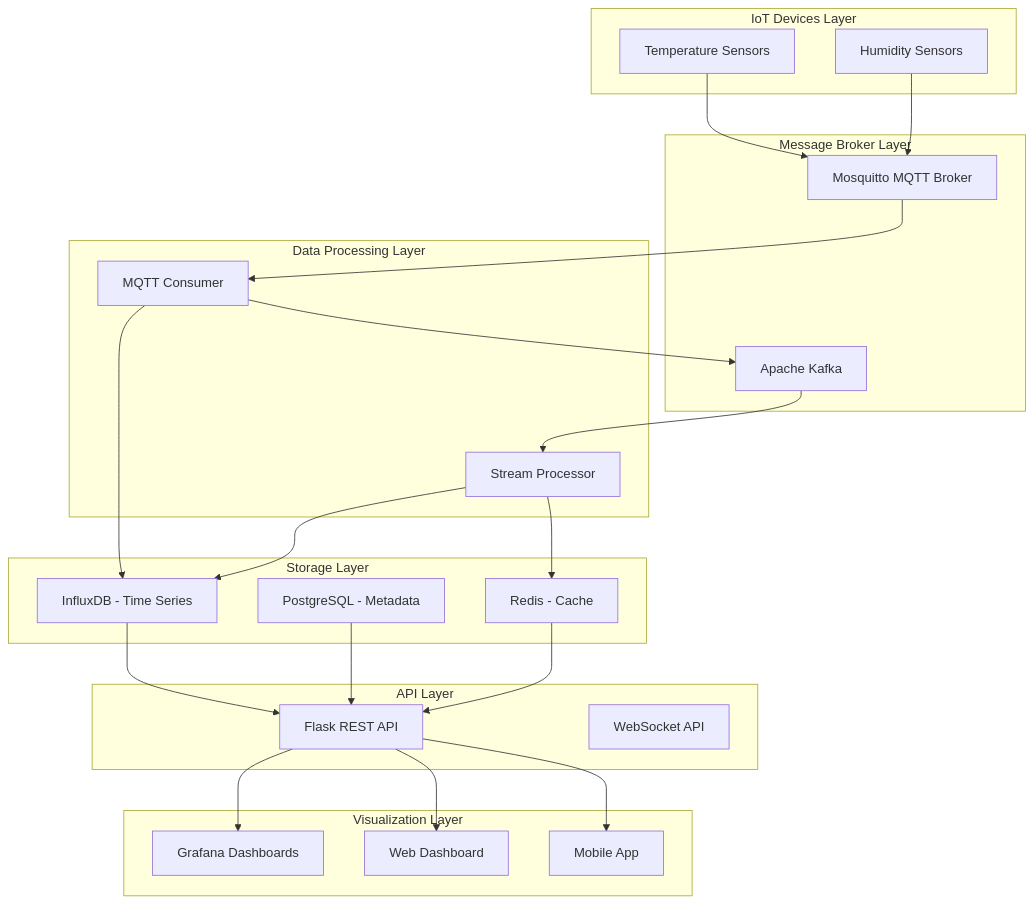
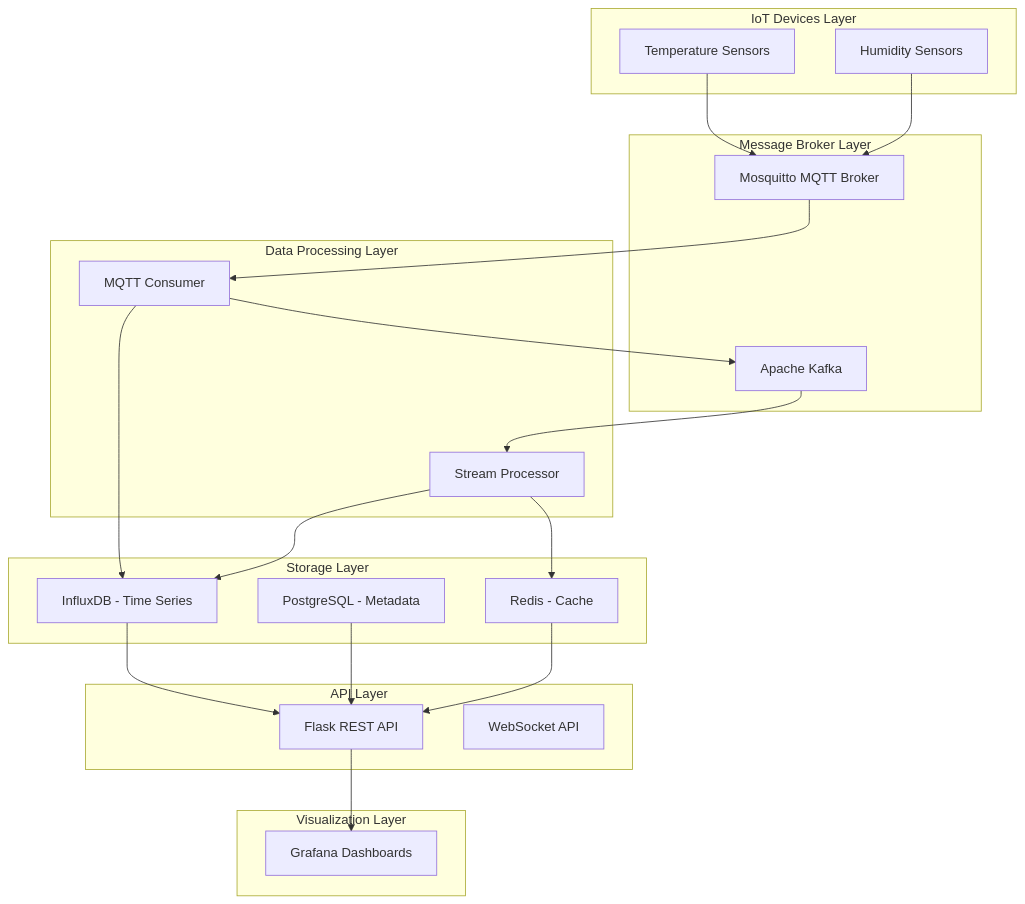
The first of 5 diagrams in README.md (PENE18/iot-data-engineering), drawn with Mermaid before and after one commit.

````diff
--- a/README.md
+++ b/README.md
@@ -29,54 +29,50 @@
 ```mermaid
 graph TB
     subgraph "IoT Devices Layer"
         TS[Temperature Sensors]
         HS[Humidity Sensors]
     end
     
     subgraph "Message Broker Layer"
         MQTT[Mosquitto MQTT Broker]
         KAFKA[Apache Kafka]
     end
     
     subgraph "Data Processing Layer"
         CONSUMER[MQTT Consumer]
         STREAM[Stream Processor]
 
     end
     
     subgraph "Storage Layer"
         INFLUX[InfluxDB - Time Series]
         POSTGRES[PostgreSQL - Metadata]
         REDIS[Redis - Cache]
     end
     
     subgraph "API Layer"
         REST[Flask REST API]
         WS[WebSocket API]
     end
     
     subgraph "Visualization Layer"
         GRAFANA[Grafana Dashboards]
-        WEB[Web Dashboard]
-        MOBILE[Mobile App]
     end
     
     TS --> MQTT
     HS --> MQTT
     
     MQTT --> CONSUMER
     CONSUMER --> KAFKA
     CONSUMER --> INFLUX
     
     KAFKA --> STREAM
     STREAM --> REDIS
     STREAM --> INFLUX
     
     INFLUX --> REST
     POSTGRES --> REST
     REDIS --> REST
     
     REST --> GRAFANA
-    REST --> WEB
-    REST --> MOBILE
 ```
````
